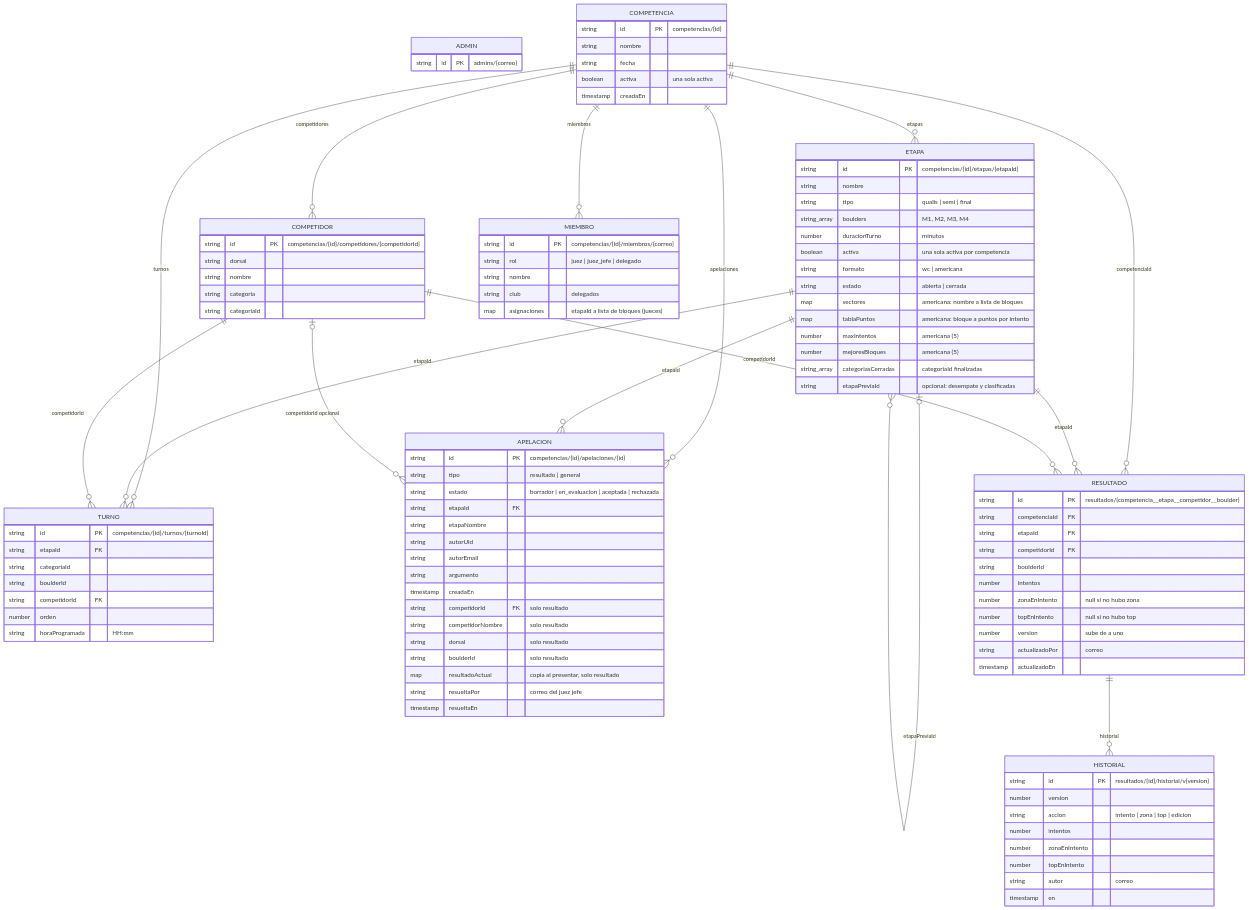
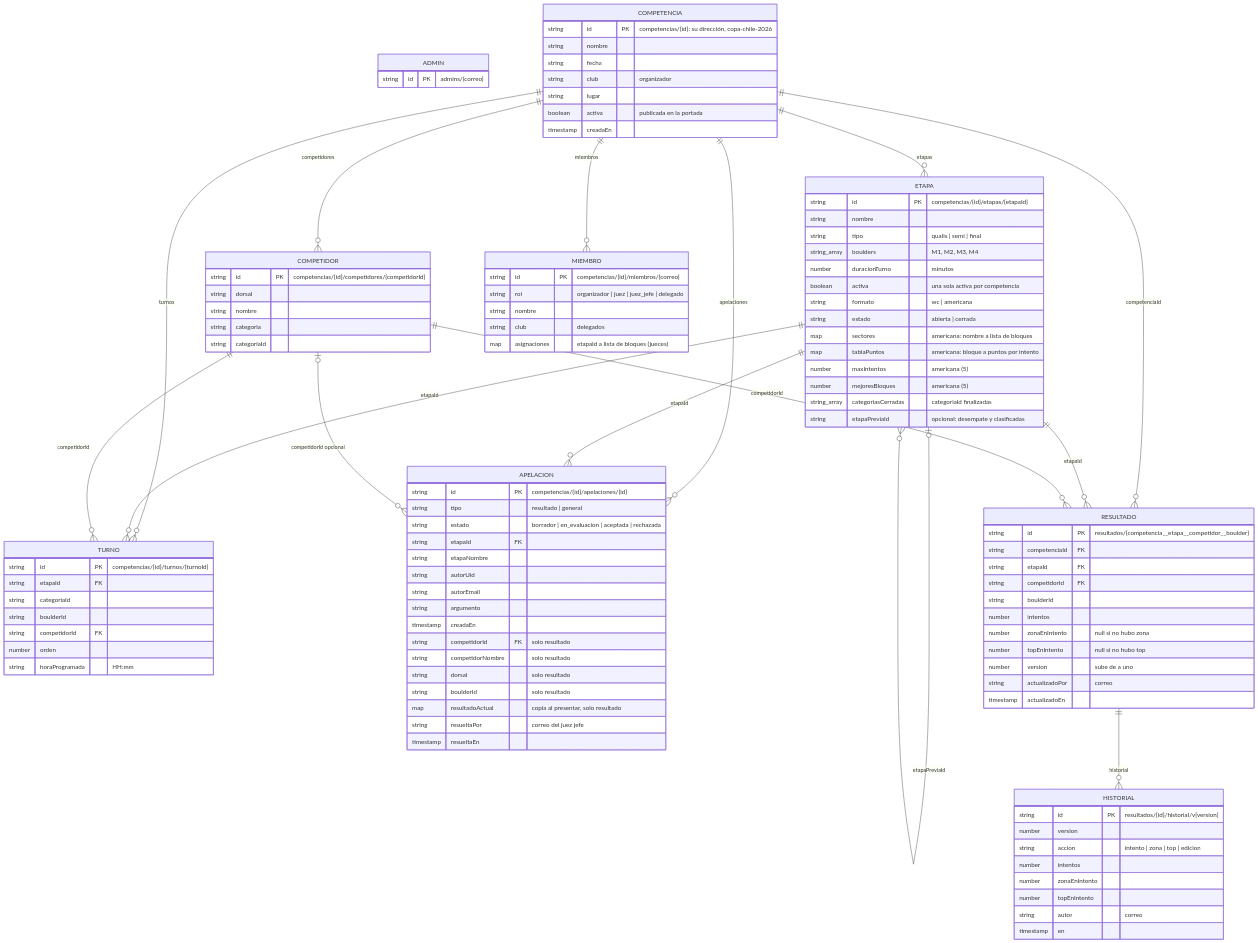
Before and after one commit to pdaire/torneo-escalada-app: the diagram in docs/modelo-de-datos.md, drawn with Mermaid. The commit also changed other lines of this file and 30 other files, not shown here.

First line of the commit message:
Varias competencias a la vez: cada una en su dirección, con organizadores

```diff
--- a/docs/modelo-de-datos.md
+++ b/docs/modelo-de-datos.md
@@ -23,10 +23,12 @@
     COMPETIDOR o|--o{ APELACION : "competidorId opcional"
 
     COMPETENCIA {
-        string id PK "competencias/{id}"
+        string id PK "competencias/{id}: su dirección, copa-chile-2026"
         string nombre
         string fecha
-        boolean activa "una sola activa"
+        string club "organizador"
+        string lugar
+        boolean activa "publicada en la portada"
         timestamp creadaEn
     }
 
@@ -49,7 +51,7 @@
 
     MIEMBRO {
         string id PK "competencias/{id}/miembros/{correo}"
-        string rol "juez | juez_jefe | delegado"
+        string rol "organizador | juez | juez_jefe | delegado"
         string nombre
         string club "delegados"
         map asignaciones "etapaId a lista de bloques (jueces)"
```
